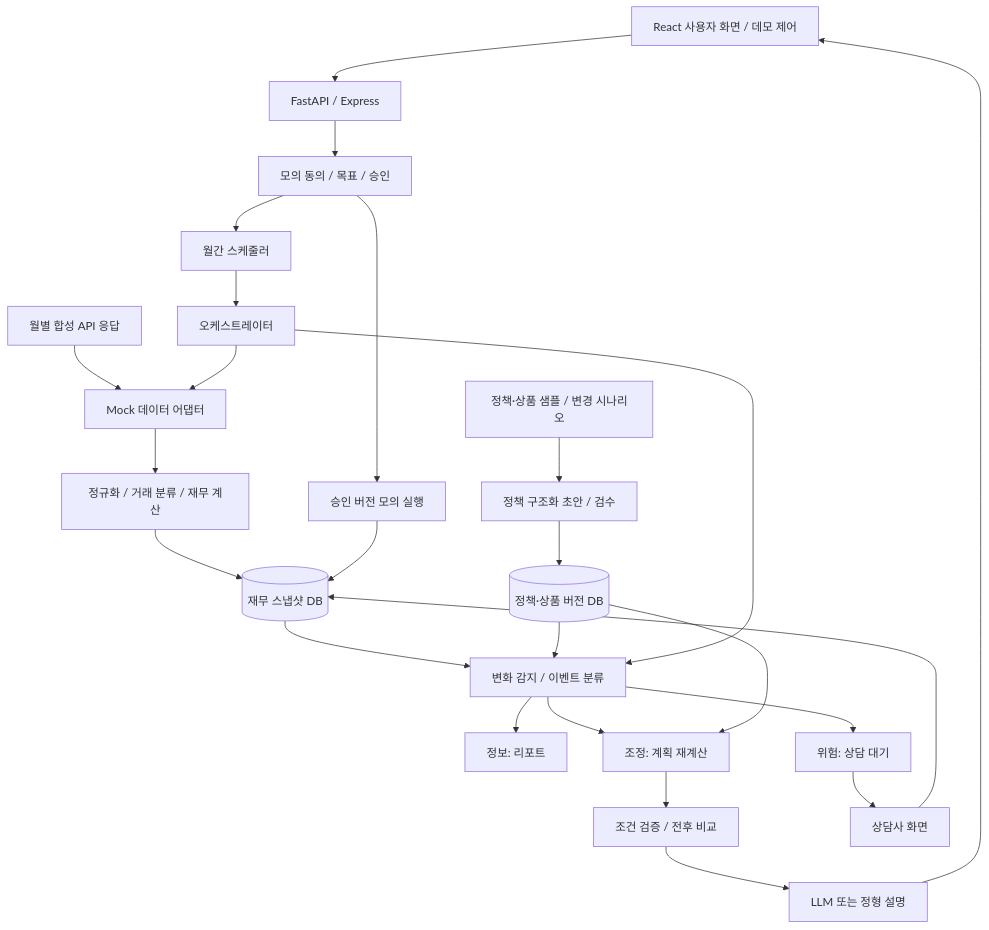
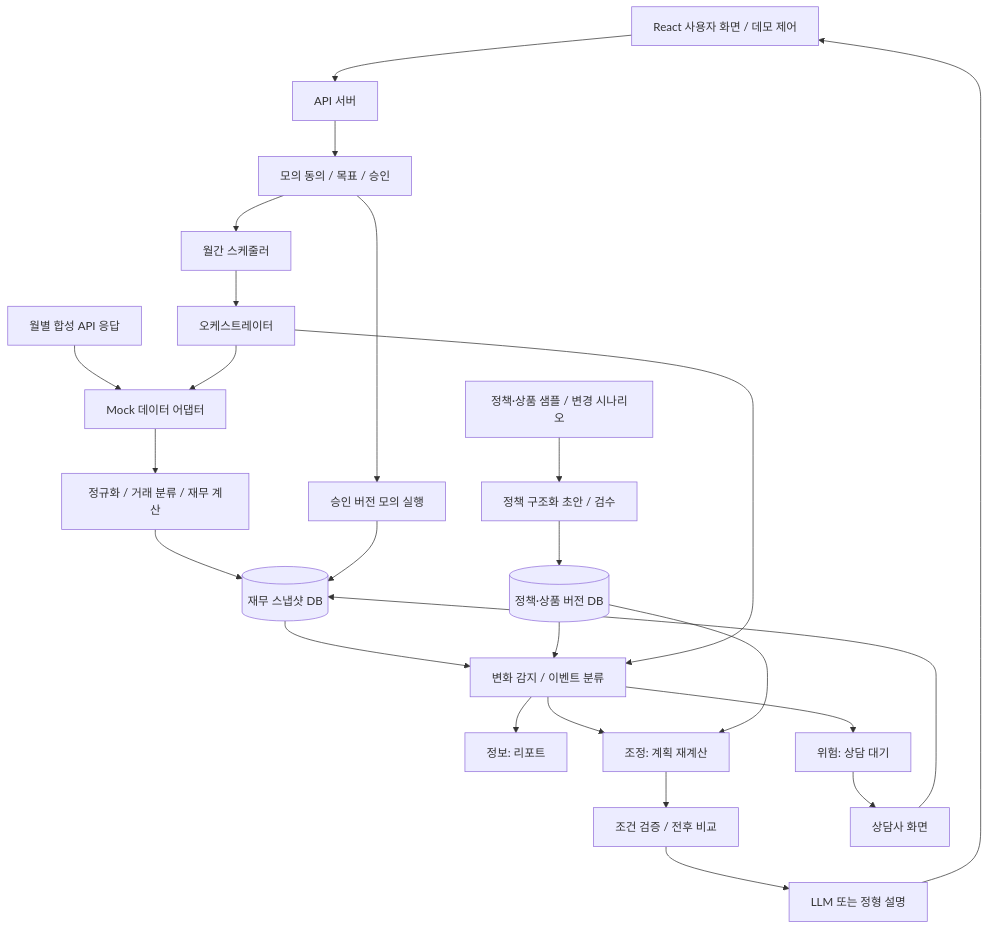
Before and after one commit to jangjang6474/im-e-room: the first of 3 diagrams in docs/TRD.md, drawn with Mermaid. The commit also changed other lines of this file, not shown here.

````diff
--- a/docs/TRD.md
+++ b/docs/TRD.md
@@ -9,27 +9,27 @@
 ```mermaid
 flowchart TD
-    UI[React 사용자 화면 / 데모 제어] --> API[FastAPI / Express]
+    UI[React 사용자 화면 / 데모 제어] --> API[API 서버]
     API --> C[모의 동의 / 목표 / 승인]
     C --> S[월간 스케줄러]
     S --> O[오케스트레이터]
     MOCK[월별 합성 API 응답] --> AD[Mock 데이터 어댑터]
     O --> AD
     AD --> N[정규화 / 거래 분류 / 재무 계산]
     N --> DB[(재무 스냅샷 DB)]
     EXT[정책·상품 샘플 / 변경 시나리오] --> REVIEW[정책 구조화 초안 / 검수]
     REVIEW --> RULE[(정책·상품 버전 DB)]
     DB --> DET[변화 감지 / 이벤트 분류]
     RULE --> DET
     O --> DET
     DET --> INFO[정보: 리포트]
     DET --> PLAN[조정: 계획 재계산]
     DET --> HUMAN[위험: 상담 대기]
     RULE --> PLAN
     PLAN --> VALIDATE[조건 검증 / 전후 비교]
     VALIDATE --> EXPLAIN[LLM 또는 정형 설명]
     EXPLAIN --> UI
     C --> EXEC[승인 버전 모의 실행]
     EXEC --> DB
     HUMAN --> DASH[상담사 화면]
     DASH --> DB
 ```
````
